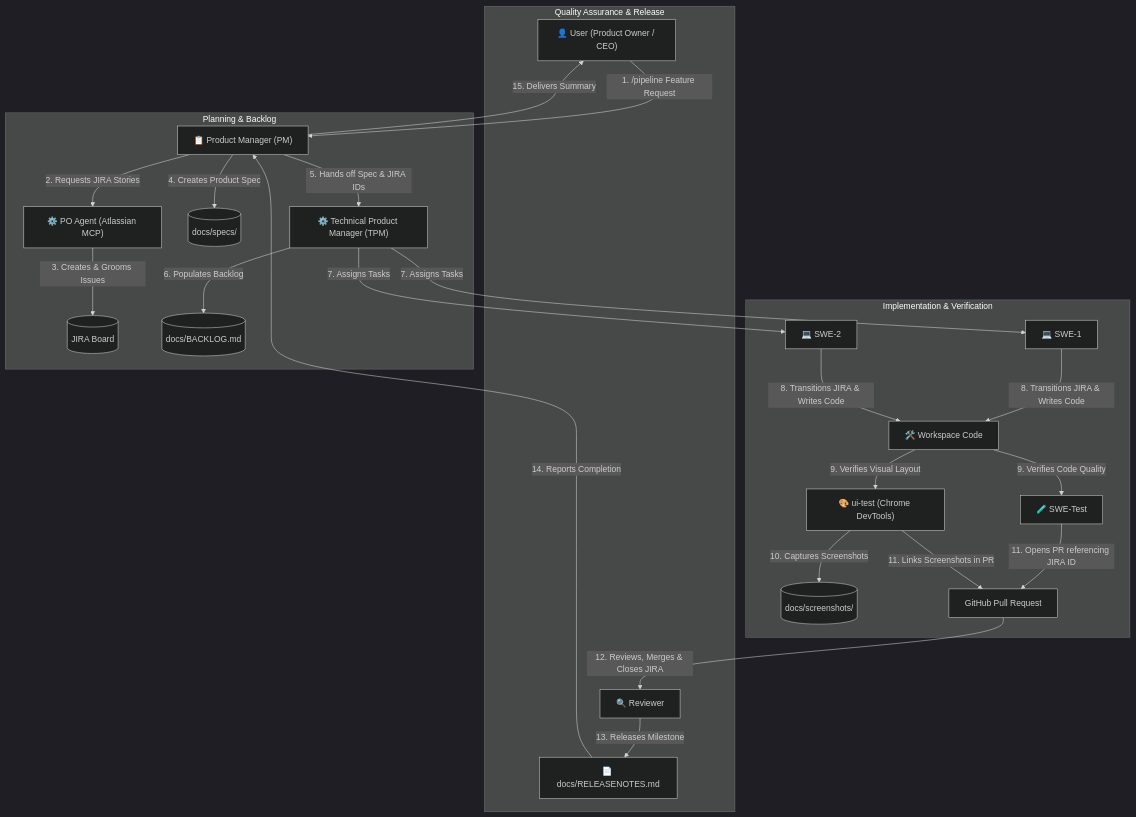
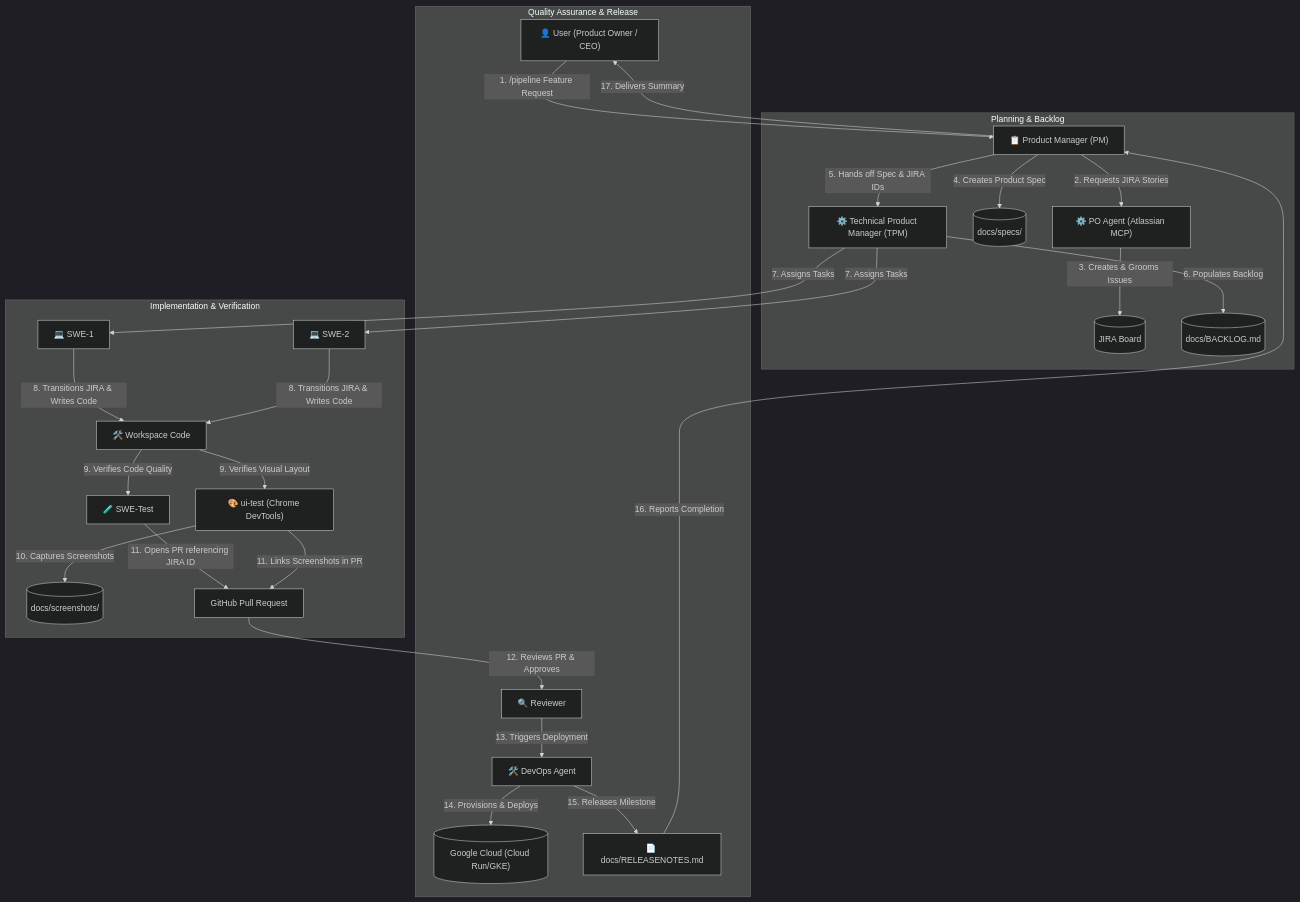
Before and after one commit to gitrey/scion-appteam: the diagram in README.md, drawn with Mermaid (dark theme). The commit also changed other lines of this file and 4 other files, not shown here.

First line of the commit message:
feat(templates): add DevOps Engineer Agent and automate cloud deployment workflows

````diff
--- a/README.md
+++ b/README.md
@@ -36,31 +36,33 @@
 ```mermaid
 graph TD
     User["👤 User (Product Owner / CEO)"] -->|1. /pipeline Feature Request| PM["📋 Product Manager (PM)"]
     
     subgraph "Planning & Backlog"
         PM -->|2. Requests JIRA Stories| PO["⚙️ PO Agent (Atlassian MCP)"]
         PO -->|3. Creates & Grooms Issues| JIRA[("JIRA Board")]
         PM -->|4. Creates Product Spec| Spec[("docs/specs/")]
         PM -->|5. Hands off Spec & JIRA IDs| TPM["⚙️ Technical Product Manager (TPM)"]
         TPM -->|6. Populates Backlog| Backlog[("docs/BACKLOG.md")]
     end
     
     subgraph "Implementation & Verification"
         TPM -->|7. Assigns Tasks| SWE1["💻 SWE-1"]
         TPM -->|7. Assigns Tasks| SWE2["💻 SWE-2"]
         SWE1 -->|8. Transitions JIRA & Writes Code| Codebase["🛠️ Workspace Code"]
         SWE2 -->|8. Transitions JIRA & Writes Code| Codebase
         Codebase -->|9. Verifies Code Quality| Test["🧪 SWE-Test"]
         Codebase -->|9. Verifies Visual Layout| UITest["🎨 ui-test (Chrome DevTools)"]
         UITest -->|10. Captures Screenshots| Screenshots[("docs/screenshots/")]
         Test -->|11. Opens PR referencing JIRA ID| PR["GitHub Pull Request"]
         UITest -->|11. Links Screenshots in PR| PR
     end
     
     subgraph "Quality Assurance & Release"
-        PR -->|12. Reviews, Merges & Closes JIRA| Reviewer["🔍 Reviewer"]
-        Reviewer -->|13. Releases Milestone| Release["📄 docs/RELEASENOTES.md"]
-        Release -->|14. Reports Completion| PM
-        PM -->|15. Delivers Summary| User
+        PR -->|12. Reviews PR & Approves| Reviewer["🔍 Reviewer"]
+        Reviewer -->|13. Triggers Deployment| DevOps["🛠️ DevOps Agent"]
+        DevOps -->|14. Provisions & Deploys| GCP[("Google Cloud (Cloud Run/GKE)")]
+        DevOps -->|15. Releases Milestone| Release["📄 docs/RELEASENOTES.md"]
+        Release -->|16. Reports Completion| PM
+        PM -->|17. Delivers Summary| User
     end
 ```
````
